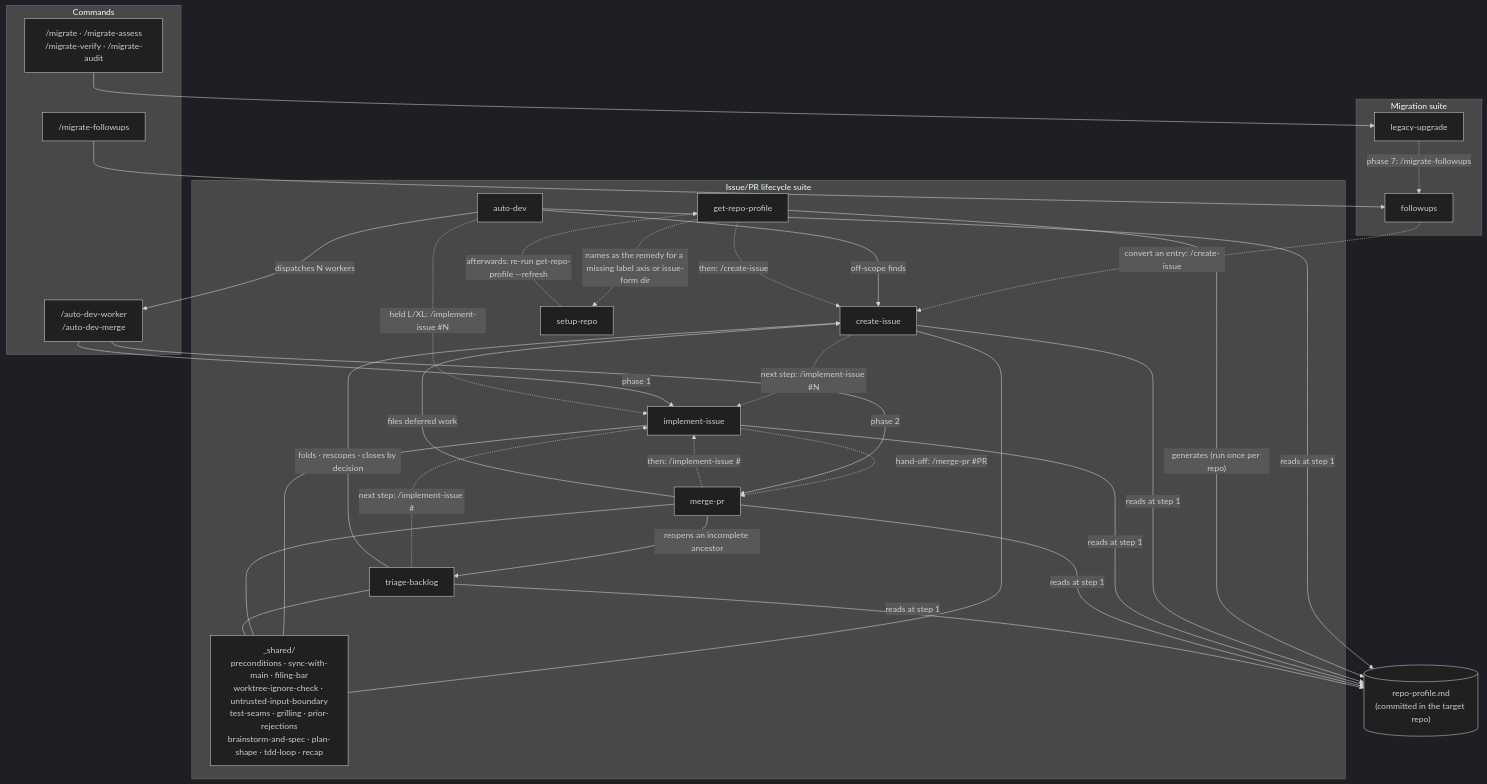
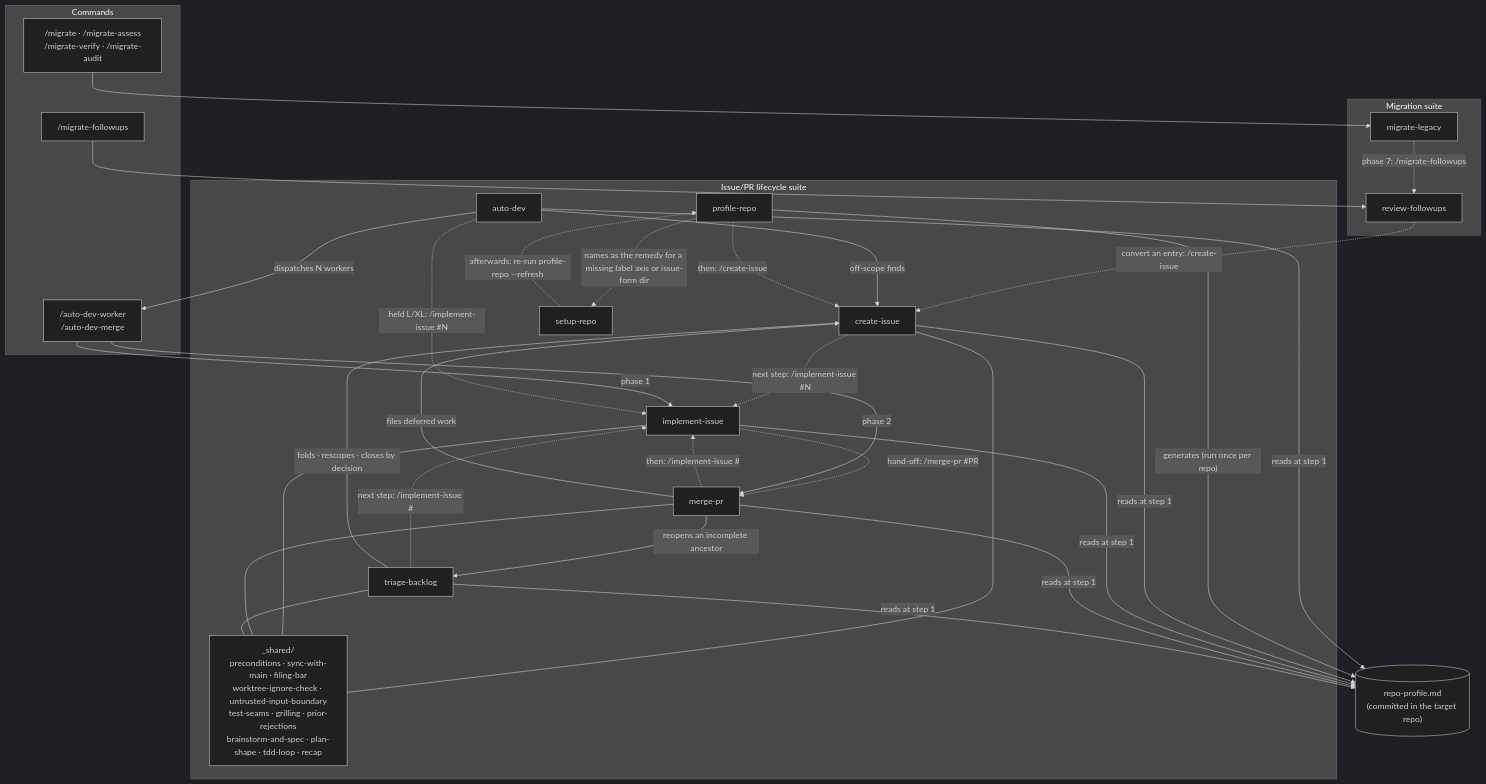
Before and after one commit to phmatray/ai-migration-kit: the first of 2 diagrams in ARCHITECTURE.md, drawn with Mermaid (dark theme). The commit also changed other lines of this file and 101 other files, not shown here.

````diff
--- a/ARCHITECTURE.md
+++ b/ARCHITECTURE.md
@@ -16,56 +21,56 @@
 ```mermaid
 graph TD
     subgraph commands ["Commands"]
         M["/migrate · /migrate-assess<br>/migrate-verify · /migrate-audit"]
         MF["/migrate-followups"]
         AW["/auto-dev-worker<br>/auto-dev-merge"]
     end
 
     subgraph migration ["Migration suite"]
-        LU[legacy-upgrade]
-        FU[followups]
+        LU[migrate-legacy]
+        FU[review-followups]
     end
 
     subgraph lifecycle ["Issue/PR lifecycle suite"]
         AD[auto-dev]
         CI[create-issue]
         II[implement-issue]
         MP[merge-pr]
         TB[triage-backlog]
-        RP[get-repo-profile]
+        RP[profile-repo]
         SR[setup-repo]
         SH["_shared/<br>preconditions · sync-with-main · filing-bar<br>worktree-ignore-check · untrusted-input-boundary<br>test-seams · grilling · prior-rejections<br>brainstorm-and-spec · plan-shape · tdd-loop · recap"]
     end
 
     PROF[("repo-profile.md<br>(committed in the target repo)")]
 
     M --> LU
     MF --> FU
     LU -. "phase 7: /migrate-followups" .-> FU
     FU -. "convert an entry: /create-issue" .-> CI
     CI -. "next step: /implement-issue #N" .-> II
     II -. "hand-off: /merge-pr #PR" .-> MP
     MP -. "then: /implement-issue #<next>" .-> II
     TB -. "next step: /implement-issue #<kept>" .-> II
     MP -- "files deferred work" --> CI
     AD -- "dispatches N workers" --> AW
     AW -- "phase 1" --> II
     AW -- "phase 2" --> MP
     AD -- "off-scope finds" --> CI
     AD -. "held L/XL: /implement-issue #N" .-> II
     AD -- "reads at step 1" --> PROF
     RP -- "generates (run once per repo)" --> PROF
     RP -. "names as the remedy for a missing label axis or issue-form dir" .-> SR
     RP -. "then: /create-issue <idea>" .-> CI
-    SR -. "afterwards: re-run get-repo-profile --refresh" .-> RP
+    SR -. "afterwards: re-run profile-repo --refresh" .-> RP
     CI -- "reads at step 1" --> PROF
     II -- "reads at step 1" --> PROF
     MP -- "reads at step 1" --> PROF
     MP -- "reopens an incomplete ancestor" --> TB
     TB -- "folds · rescopes · closes by decision" --> CI
     TB -- "reads at step 1" --> PROF
     CI --- SH
     II --- SH
     MP --- SH
     TB --- SH
 ```
````
